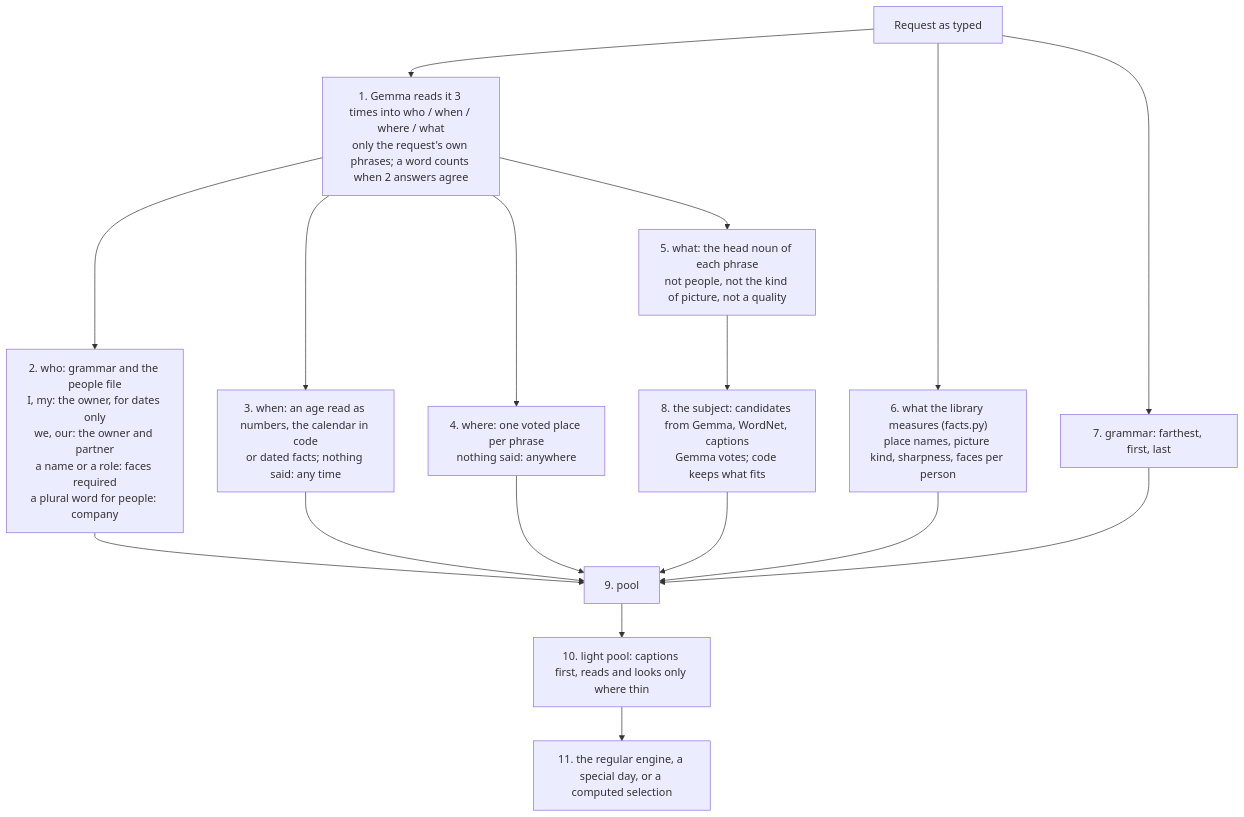
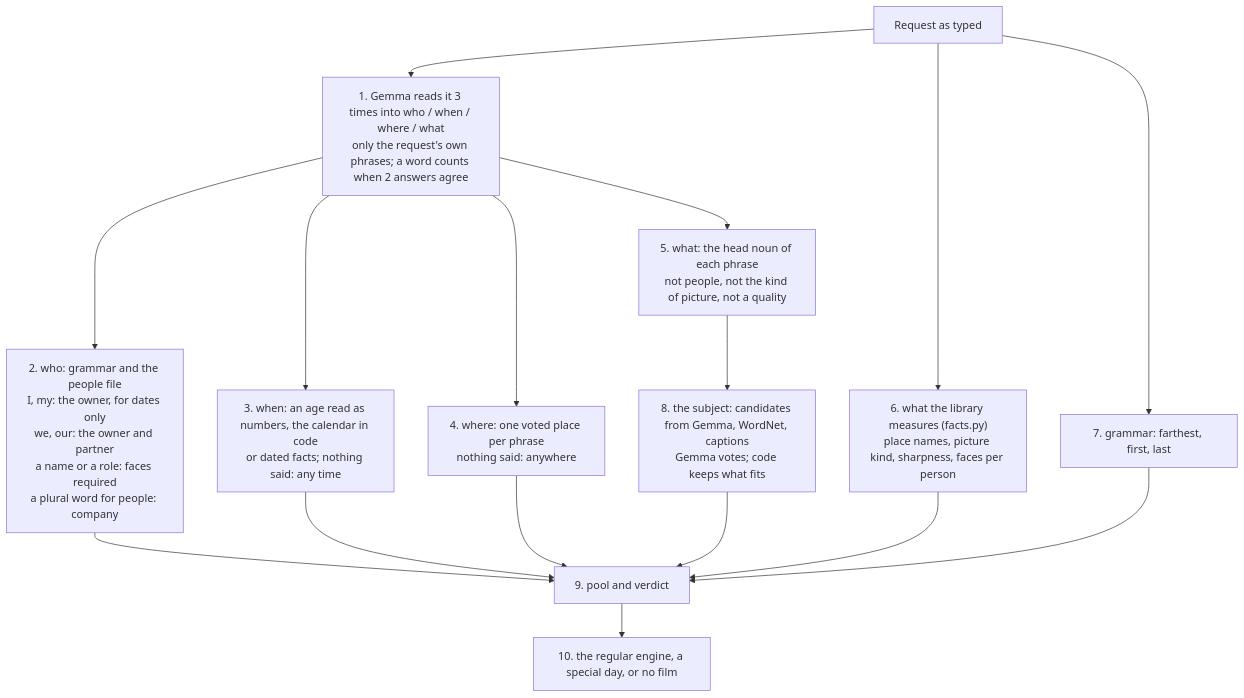
The diagram in docs/designs/free-text-memories.md (sam-dumont/immich-memories), drawn with Mermaid before and after one commit. The commit also changed other lines of this file and 5 other files, not shown here.

First line of the commit message:
docs(free-text): a film from a sentence, how it reads you and where it falls short

````diff
--- a/docs/designs/free-text-memories.md
+++ b/docs/designs/free-text-memories.md
@@ -100,14 +101,13 @@
 ```mermaid
 flowchart TD
   R[Request as typed] --> X["1. Gemma reads it 3 times into who / when / where / what<br/>only the request's own phrases; a word counts when 2 answers agree"]
   X --> WHO["2. who: grammar and the people file<br/>I, my: the owner, for dates only<br/>we, our: the owner and partner<br/>a name or a role: faces required<br/>a plural word for people: company"]
   X --> WHEN["3. when: an age read as numbers, the calendar in code<br/>or dated facts; nothing said: any time"]
   X --> WHERE["4. where: one voted place per phrase<br/>nothing said: anywhere"]
   X --> WHAT["5. what: the head noun of each phrase<br/>not people, not the kind of picture, not a quality"]
   R --> F["6. what the library measures (facts.py)<br/>place names, picture kind, sharpness, faces per person"]
   R --> G["7. grammar: farthest, first, last"]
   WHAT --> S["8. the subject: candidates from Gemma, WordNet, captions<br/>Gemma votes; code keeps what fits"]
-  WHO & WHEN & WHERE & S & F & G --> P[9. pool]
-  P --> J[10. light pool: captions first, reads and looks only where thin]
-  J --> E["11. the regular engine, a special day, or a computed selection"]
+  WHO & WHEN & WHERE & S & F & G --> P[9. pool and verdict]
+  P --> E["10. the regular engine, a special day, or no film"]
 ```
````
